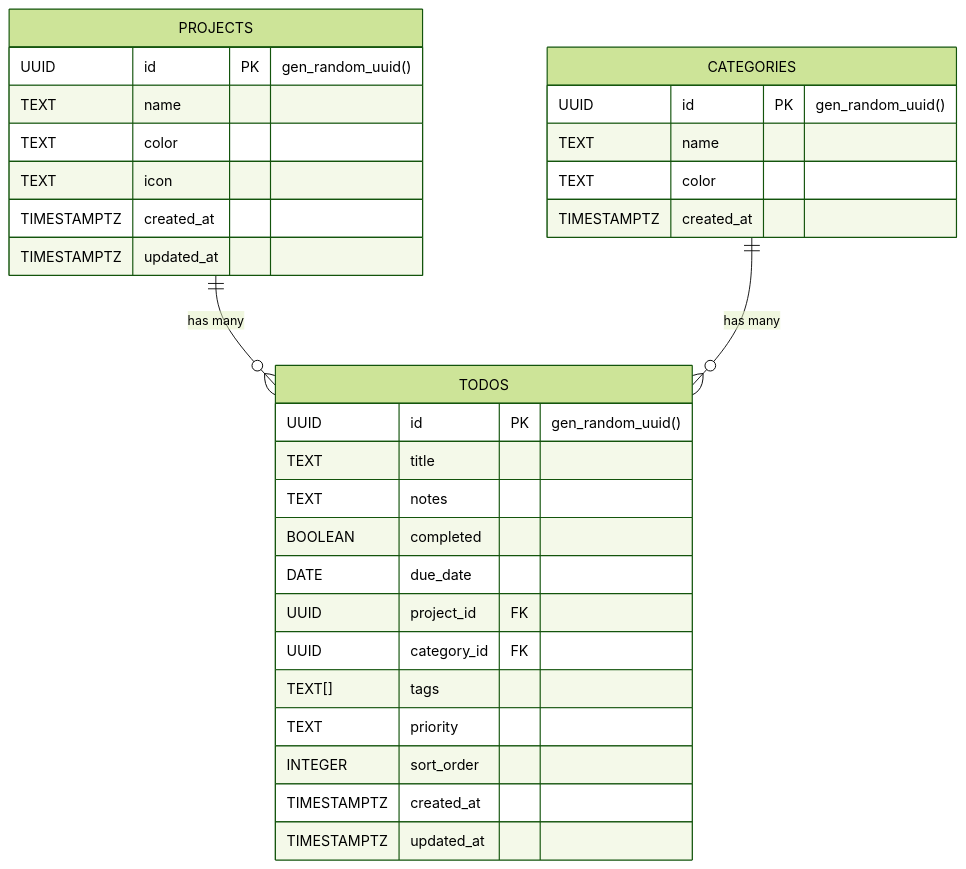
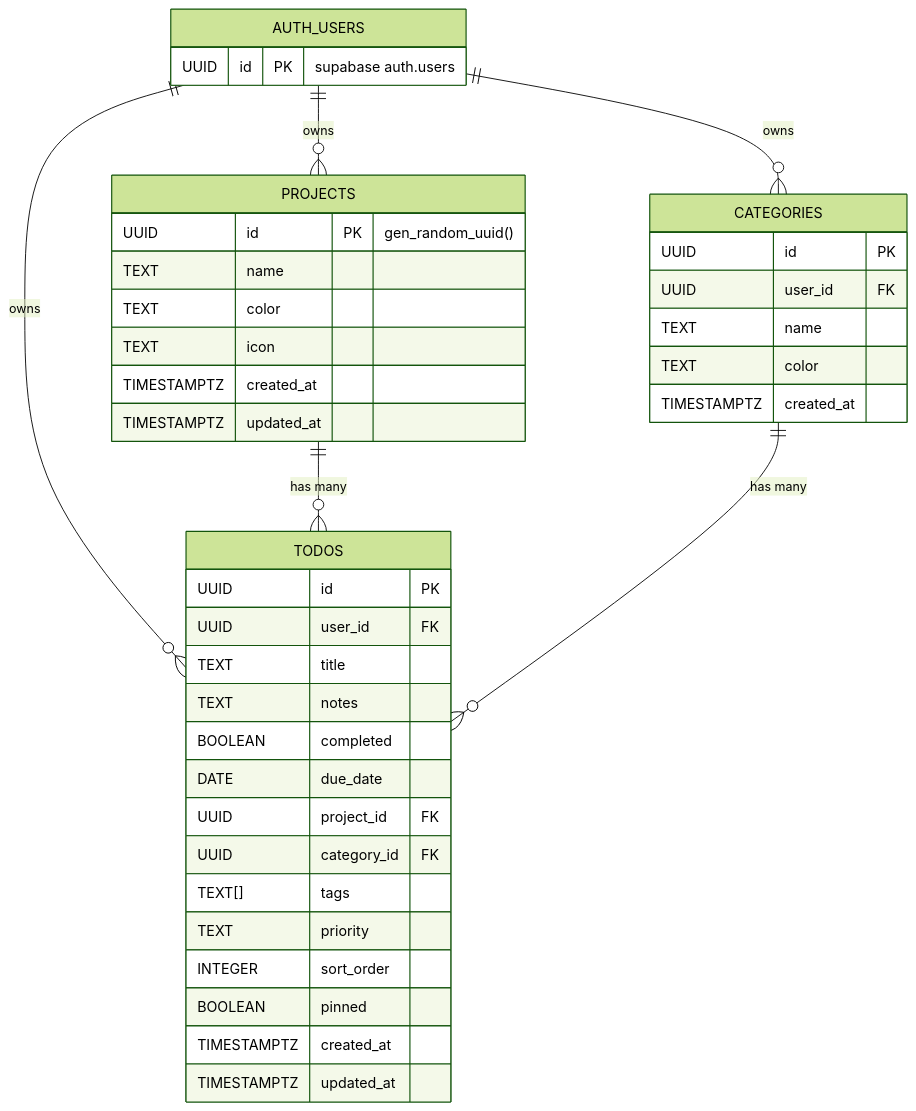
One commit to jude-n/upnext changed the diagram in README.md. Above: the diagram before and after it, drawn with Mermaid (forest theme). The commit also changed other lines of this file and 1 other file, not shown here.

First line of the commit message:
Update DB docs and add todos.pinned column

````diff
--- a/README.md
+++ b/README.md
@@ -26,36 +26,46 @@
 ```mermaid
 erDiagram
+    AUTH_USERS {
+        UUID id PK "supabase auth.users"
+    }
+
     PROJECTS {
         UUID id PK "gen_random_uuid()"
         TEXT name
         TEXT color
         TEXT icon
         TIMESTAMPTZ created_at
         TIMESTAMPTZ updated_at
     }
 
     CATEGORIES {
-        UUID id PK "gen_random_uuid()"
+        UUID id PK
+        UUID user_id FK
         TEXT name
         TEXT color
         TIMESTAMPTZ created_at
     }
 
     TODOS {
-        UUID id PK "gen_random_uuid()"
+        UUID id PK
+        UUID user_id FK
         TEXT title
         TEXT notes
         BOOLEAN completed
         DATE due_date
         UUID project_id FK
         UUID category_id FK
         TEXT[] tags
         TEXT priority
         INTEGER sort_order
+        BOOLEAN pinned
         TIMESTAMPTZ created_at
         TIMESTAMPTZ updated_at
     }
 
+    AUTH_USERS ||--o{ PROJECTS : "owns"
+    AUTH_USERS ||--o{ CATEGORIES : "owns"
+    AUTH_USERS ||--o{ TODOS : "owns"
     PROJECTS ||--o{ TODOS : "has many"
     CATEGORIES ||--o{ TODOS : "has many"
 ```
````
